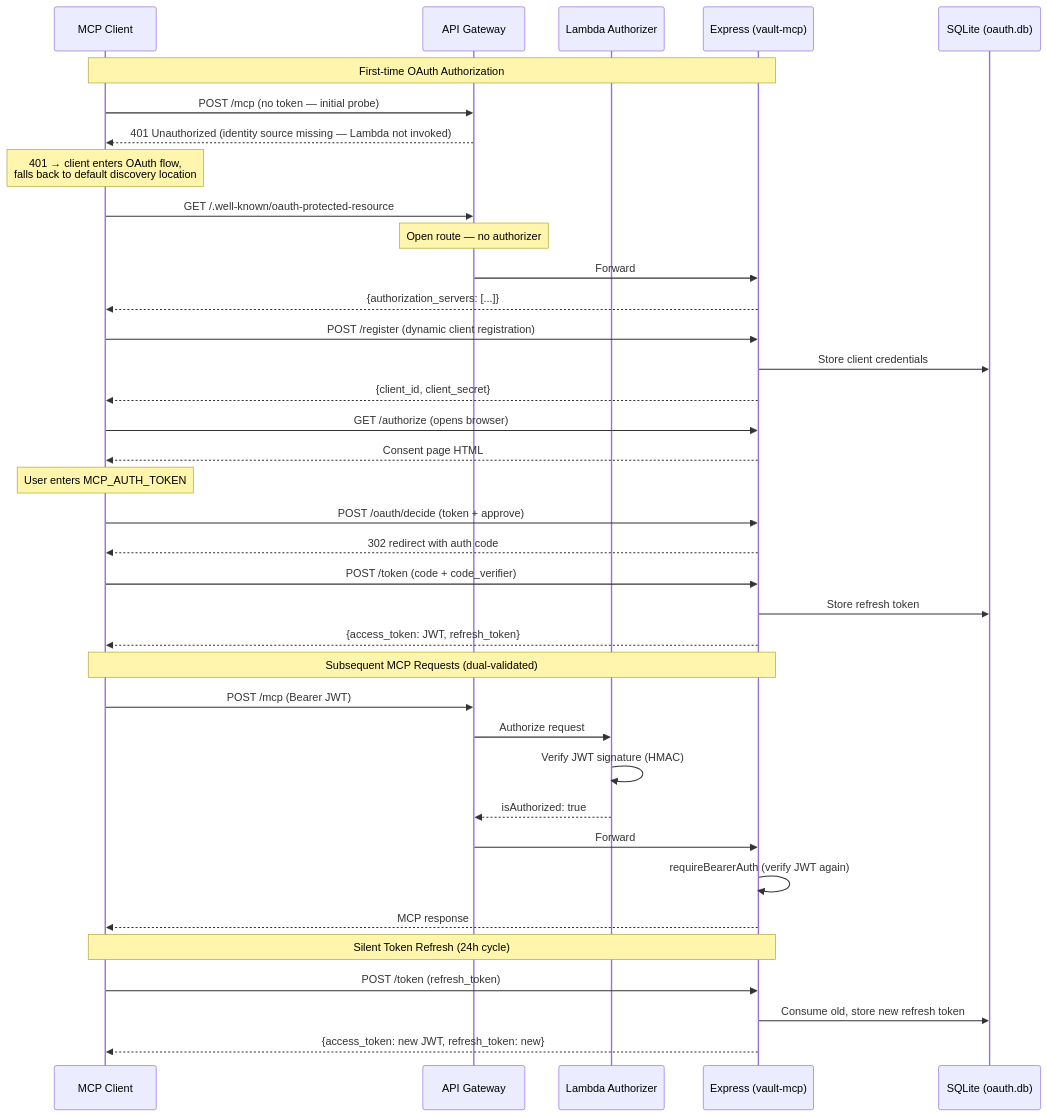
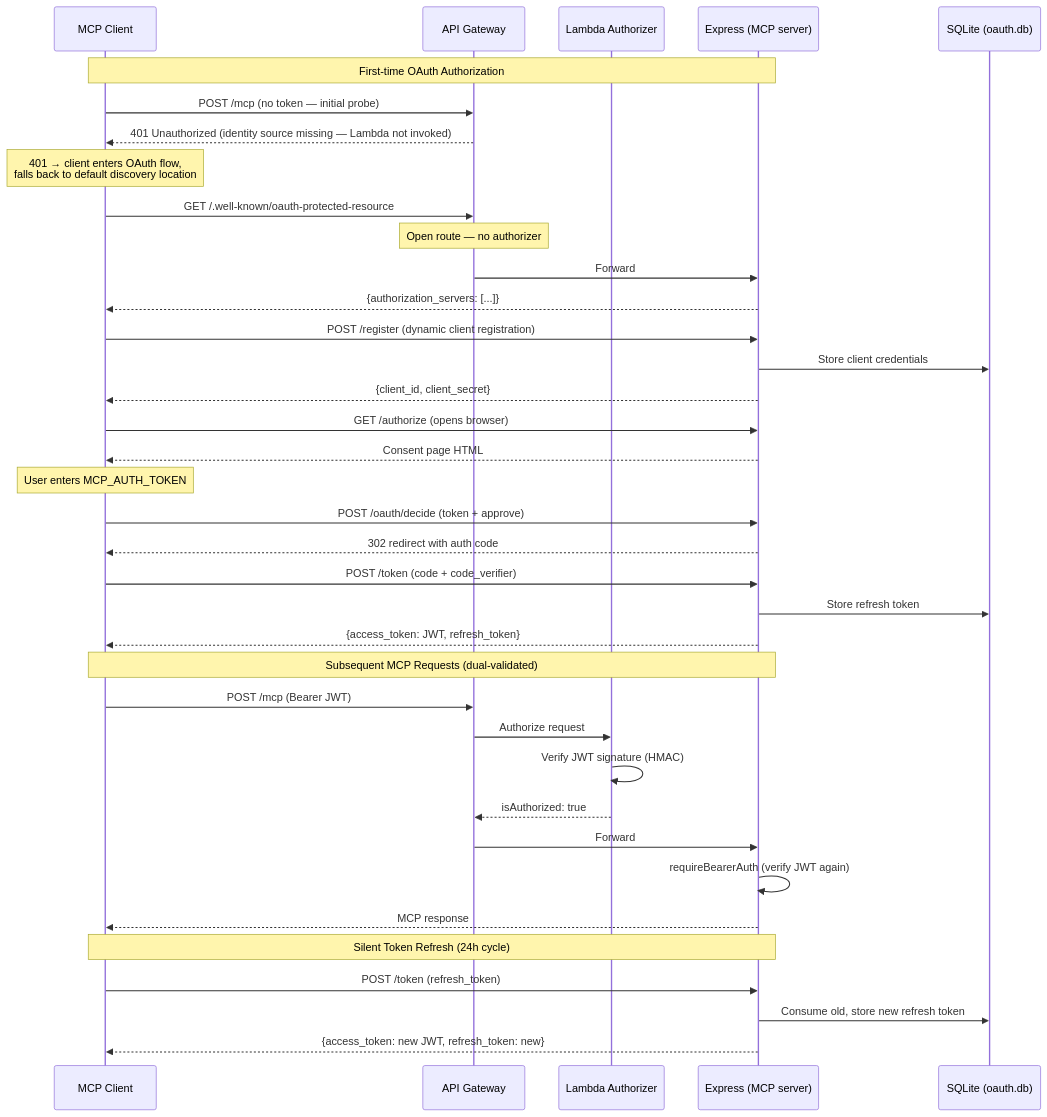
One commit to aliasunder/vault-cortex changed the second of 5 diagrams in ARCHITECTURE.md. Above: the diagram before and after it, drawn with Mermaid. The commit also changed other lines of this file and 61 other files, not shown here.

````diff
--- a/ARCHITECTURE.md
+++ b/ARCHITECTURE.md
@@ -97,45 +97,45 @@
 ```mermaid
 sequenceDiagram
     participant C as MCP Client
     participant AG as API Gateway
     participant L as Lambda Authorizer
-    participant E as Express (vault-mcp)
+    participant E as Express (MCP server)
     participant DB as SQLite (oauth.db)
 
     Note over C,E: First-time OAuth Authorization
     C->>AG: POST /mcp (no token — initial probe)
     AG-->>C: 401 Unauthorized (identity source missing — Lambda not invoked)
     Note over C: 401 → client enters OAuth flow,<br/>falls back to default discovery location
     C->>AG: GET /.well-known/oauth-protected-resource
     Note over AG: Open route — no authorizer
     AG->>E: Forward
     E-->>C: {authorization_servers: [...]}
 
     C->>E: POST /register (dynamic client registration)
     E->>DB: Store client credentials
     E-->>C: {client_id, client_secret}
 
     C->>E: GET /authorize (opens browser)
     E-->>C: Consent page HTML
     Note over C: User enters MCP_AUTH_TOKEN
     C->>E: POST /oauth/decide (token + approve)
     E-->>C: 302 redirect with auth code
 
     C->>E: POST /token (code + code_verifier)
     E->>DB: Store refresh token
     E-->>C: {access_token: JWT, refresh_token}
 
     Note over C,E: Subsequent MCP Requests (dual-validated)
     C->>AG: POST /mcp (Bearer JWT)
     AG->>L: Authorize request
     L->>L: Verify JWT signature (HMAC)
     L-->>AG: isAuthorized: true
     AG->>E: Forward
     E->>E: requireBearerAuth (verify JWT again)
     E-->>C: MCP response
 
     Note over C,E: Silent Token Refresh (24h cycle)
     C->>E: POST /token (refresh_token)
     E->>DB: Consume old, store new refresh token
     E-->>C: {access_token: new JWT, refresh_token: new}
 ```
````
